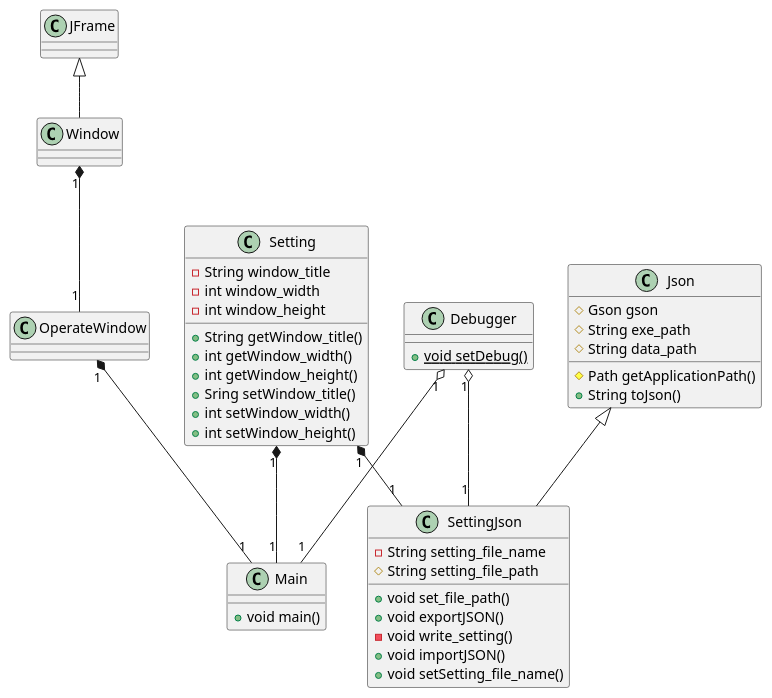
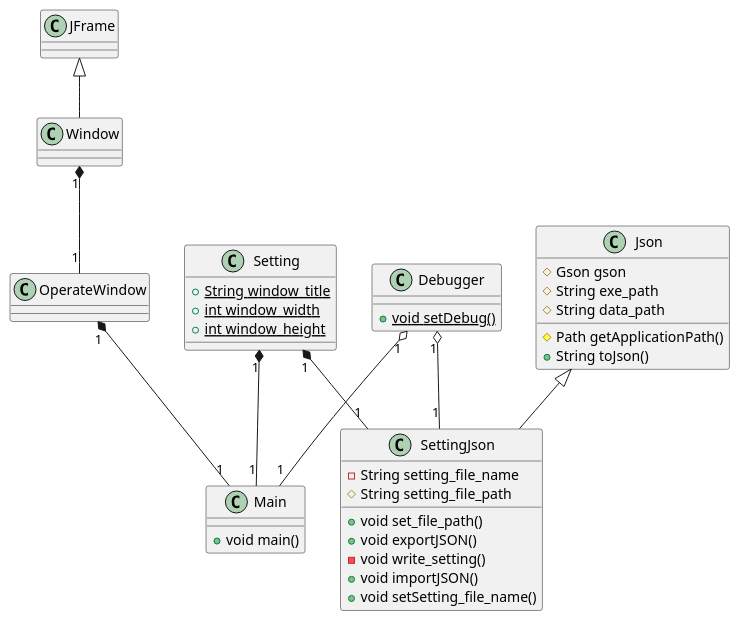
The diagram in UML/class.pu (parsecmonkey/diary), drawn with PlantUML before and after one commit. The commit also changed 1 other file, not shown here.

```diff
--- a/UML/class.pu
+++ b/UML/class.pu
@@ -1,61 +1,55 @@
 @startuml
 ' クラス定義
 class Main {
     + void main()
 }
 
 class JFrame{
 
 }
 
 class Window {
 }
 
 class OperateWindow {
 }
 
 class Json {
     # Gson gson
     # String exe_path
     # String data_path
     # Path getApplicationPath()
     + String toJson()
 }
 
 class Setting {
-    - String window_title
-    - int window_width
-    - int window_height
-    + String getWindow_title()
-    + int getWindow_width()
-    + int getWindow_height()
-    + Sring setWindow_title()
-    + int setWindow_width()
-    + int setWindow_height()
+    {static}+ String window_title
+    {static}+ int window_width
+    {static}+ int window_height
 }
 
 class SettingJson {    
     - String setting_file_name
     # String setting_file_path
     + void set_file_path()
     + void exportJSON()
     - void write_setting()
     + void importJSON()
     + void setSetting_file_name()
 }
 
 class Debugger{
     {static}+ void setDebug()
 }
 
 ' 関係
 ' Json <|-- SettingJson : 継承
 Json <|-- SettingJson
 JFrame <|-- Window
 Window "1" *-- "1" OperateWindow
 OperateWindow "1" *-- "1" Main
 Setting "1" *-- "1" SettingJson
 Setting "1" *-- "1" Main
 Debugger "1" o-- "1" Main
 Debugger "1" o-- "1" SettingJson
 @enduml
```
